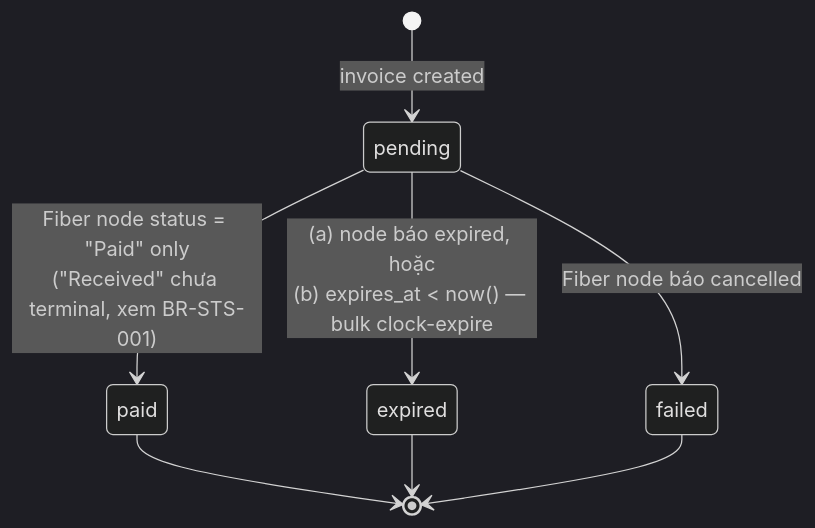
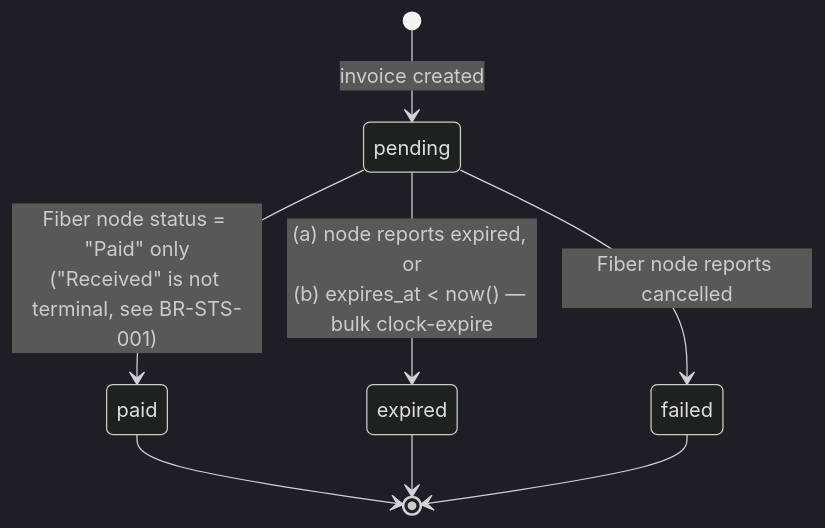
Before and after one commit to tiennt0212/FiberGate: the diagram in .context/business-rules/payment-rules.md, drawn with Mermaid (dark theme). The commit also changed other lines of this file and 15 other files, not shown here.

````diff
--- a/.context/business-rules/payment-rules.md
+++ b/.context/business-rules/payment-rules.md
@@ -54,10 +57,10 @@
 ```mermaid
 stateDiagram-v2
     [*] --> pending: invoice created
-    pending --> paid: Fiber node status = "Paid" only<br/>("Received" chưa terminal, xem BR-STS-001)
-    pending --> expired: (a) node báo expired, hoặc<br/>(b) expires_at < now() — bulk clock-expire
-    pending --> failed: Fiber node báo cancelled
+    pending --> paid: Fiber node status = "Paid" only<br/>("Received" is not terminal, see BR-STS-001)
+    pending --> expired: (a) node reports expired, or<br/>(b) expires_at < now() — bulk clock-expire
+    pending --> failed: Fiber node reports cancelled
     paid --> [*]
     expired --> [*]
     failed --> [*]
 ```
````
